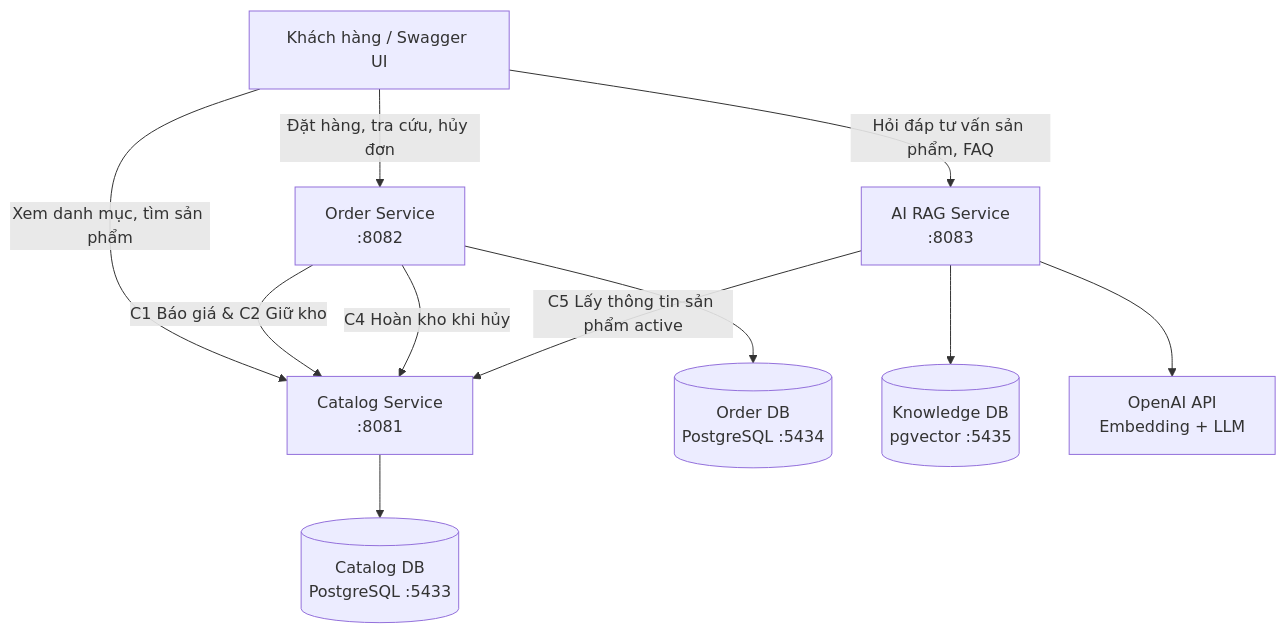
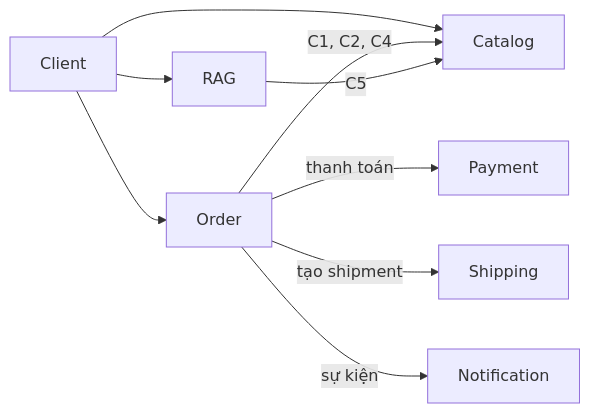
Before and after one commit to nddKhanh/BTL_HDV: the diagram in README.md, drawn with Mermaid. The commit also changed other lines of this file and 40 other files, not shown here.

````diff
--- a/README.md
+++ b/README.md
@@ -33,25 +20,11 @@
 ```mermaid
-flowchart TB
-    Client[Khách hàng / Swagger UI]
-    Catalog[Catalog Service<br/>:8081]
-    Order[Order Service<br/>:8082]
-    RAG[AI RAG Service<br/>:8083]
-
-    CatalogDB[(Catalog DB<br/>PostgreSQL :5433)]
-    OrderDB[(Order DB<br/>PostgreSQL :5434)]
-    RAGDB[(Knowledge DB<br/>pgvector :5435)]
-    AI[OpenAI API<br/>Embedding + LLM]
-
-    Client -->|Xem danh mục, tìm sản phẩm| Catalog
-    Client -->|Đặt hàng, tra cứu, hủy đơn| Order
-    Client -->|Hỏi đáp tư vấn sản phẩm, FAQ| RAG
-
-    Order -->|C1 Báo giá & C2 Giữ kho| Catalog
-    Order -->|C4 Hoàn kho khi hủy| Catalog
-    RAG -->|C5 Lấy thông tin sản phẩm active| Catalog
-
-    Catalog --> CatalogDB
-    Order --> OrderDB
-    RAG --> RAGDB
-    RAG --> AI
+flowchart LR
+    Client --> Catalog
+    Client --> Order
+    Client --> RAG
+    Order -->|C1, C2, C4| Catalog
+    Order -->|thanh toán| Payment
+    Order -->|tạo shipment| Shipping
+    Order -->|sự kiện| Notification
+    RAG -->|C5| Catalog
 ```
````
